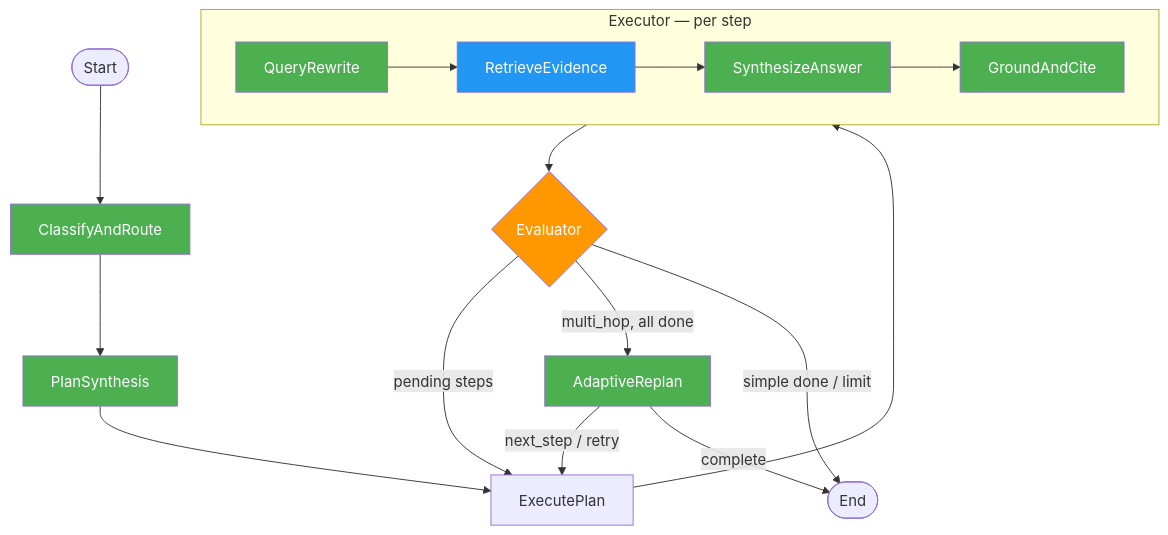
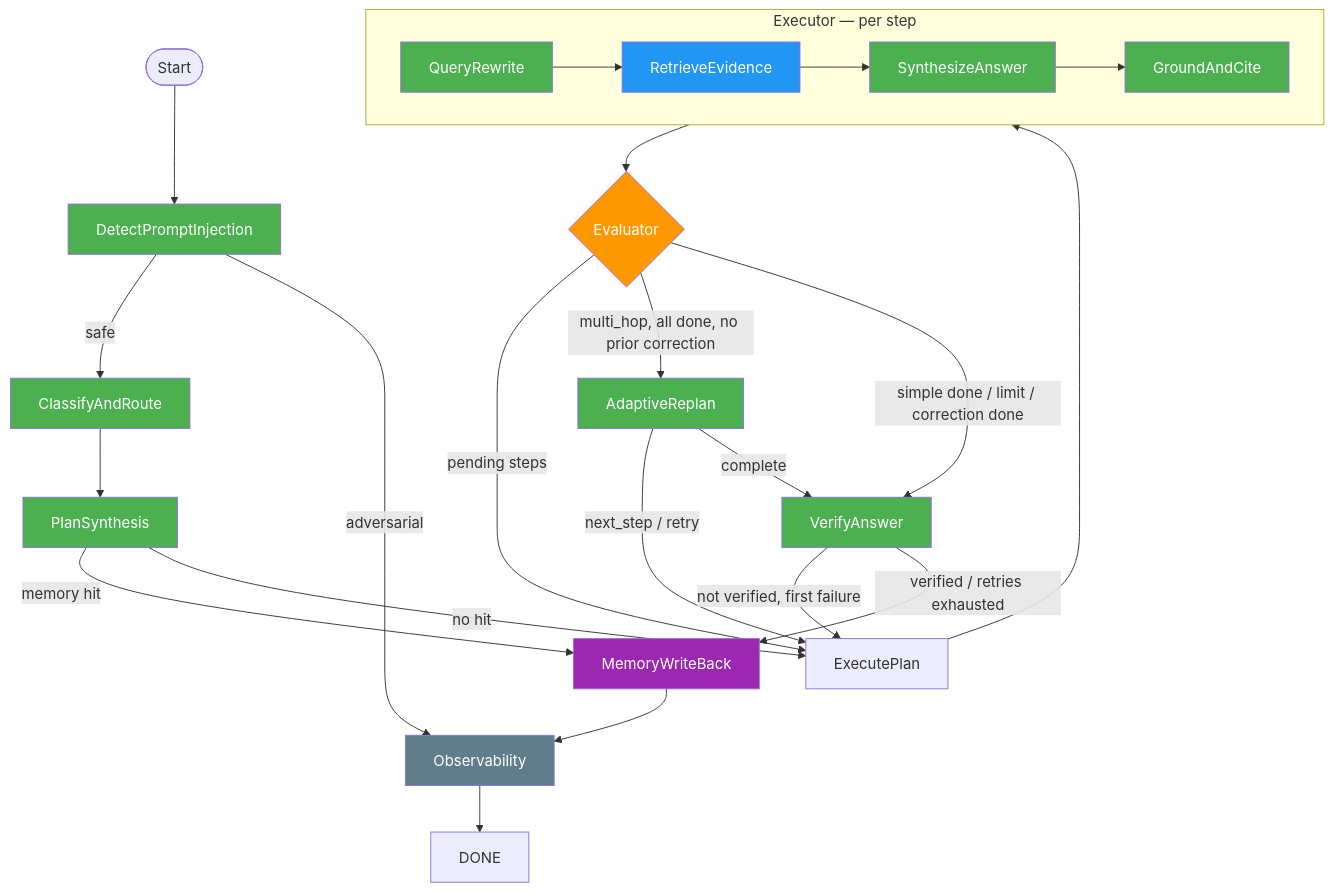
Before and after one commit to 1hamzaiqbal/LegalRagAgent: the diagram in ARCHITECTURE.md, drawn with Mermaid. The commit also changed other lines of this file and 7 other files, not shown here.

````diff
--- a/ARCHITECTURE.md
+++ b/ARCHITECTURE.md
@@ -5,29 +5,40 @@
 ```mermaid
 flowchart TD
-    START([Start]) --> CLASSIFY[ClassifyAndRoute]
+    START([Start]) --> DPI[DetectPromptInjection]
+    DPI -->|safe| CLASSIFY[ClassifyAndRoute]
+    DPI -->|adversarial| OBS
     CLASSIFY --> PLAN[PlanSynthesis]
-    PLAN --> EXEC[ExecutePlan]
+    PLAN -->|memory hit| MWB[MemoryWriteBack]
+    PLAN -->|no hit| EXEC[ExecutePlan]
 
     subgraph EXEC_SUB [Executor — per step]
         QR[QueryRewrite] --> RET[RetrieveEvidence]
         RET --> SYN[SynthesizeAnswer]
         SYN --> GC[GroundAndCite]
     end
 
     EXEC --> EXEC_SUB
     EXEC_SUB --> EVAL{Evaluator}
     EVAL -->|pending steps| EXEC
-    EVAL -->|multi_hop, all done| REPLAN[AdaptiveReplan]
-    EVAL -->|simple done / limit| DONE([End])
+    EVAL -->|multi_hop, all done, no prior correction| REPLAN[AdaptiveReplan]
+    EVAL -->|simple done / limit / correction done| VA[VerifyAnswer]
     REPLAN -->|next_step / retry| EXEC
-    REPLAN -->|complete| DONE
+    REPLAN -->|complete| VA
+    VA -->|not verified, first failure| EXEC
+    VA -->|verified / retries exhausted| MWB
+    MWB --> OBS[Observability]
+    OBS --> DONE
 
+    style DPI fill:#4CAF50,color:#fff
     style CLASSIFY fill:#4CAF50,color:#fff
     style PLAN fill:#4CAF50,color:#fff
     style QR fill:#4CAF50,color:#fff
     style SYN fill:#4CAF50,color:#fff
     style GC fill:#4CAF50,color:#fff
     style REPLAN fill:#4CAF50,color:#fff
+    style VA fill:#4CAF50,color:#fff
     style RET fill:#2196F3,color:#fff
     style EVAL fill:#FF9800,color:#fff
+    style MWB fill:#9C27B0,color:#fff
+    style OBS fill:#607D8B,color:#fff
 ```
````
